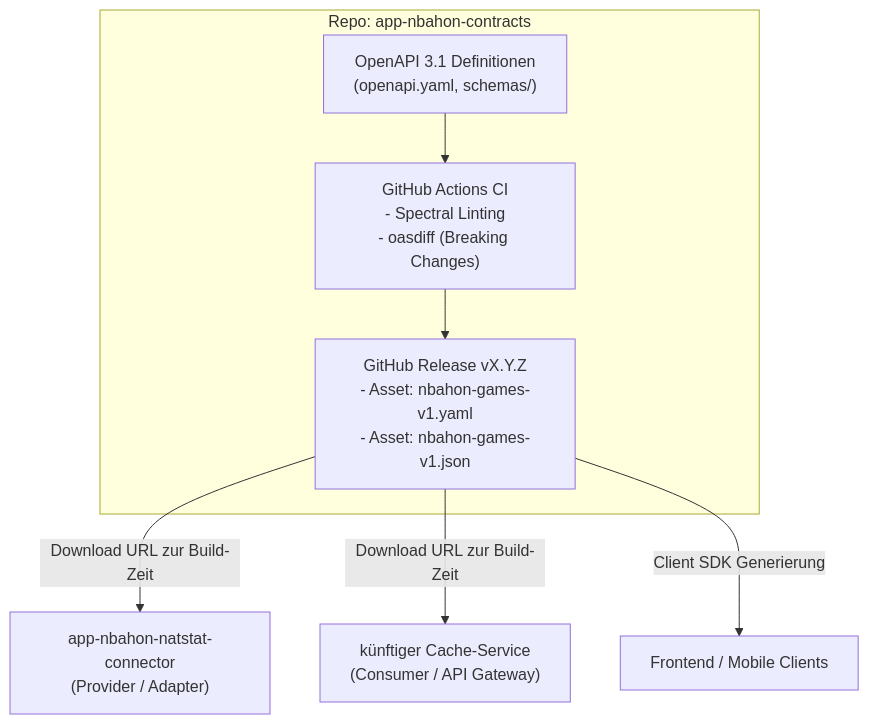
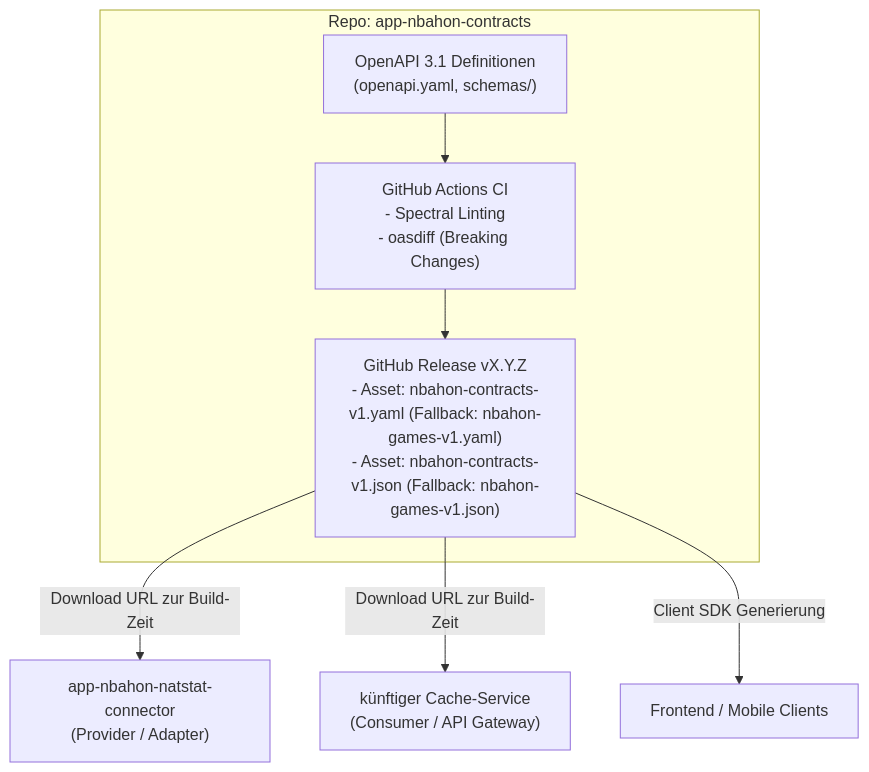
Before and after one commit to Olleritsch/app-nbahon-contracts: the diagram in README.md, drawn with Mermaid. The commit also changed other lines of this file and 6 other files, not shown here.

````diff
--- a/README.md
+++ b/README.md
@@ -11,13 +11,13 @@
 ```mermaid
 flowchart TD
     subgraph Repo["Repo: app-nbahon-contracts"]
         S["OpenAPI 3.1 Definitionen<br/>(openapi.yaml, schemas/)"]
         CI["GitHub Actions CI<br/>- Spectral Linting<br/>- oasdiff (Breaking Changes)"]
-        Rel["GitHub Release vX.Y.Z<br/>- Asset: nbahon-games-v1.yaml<br/>- Asset: nbahon-games-v1.json"]
+        Rel["GitHub Release vX.Y.Z<br/>- Asset: nbahon-contracts-v1.yaml (Fallback: nbahon-games-v1.yaml)<br/>- Asset: nbahon-contracts-v1.json (Fallback: nbahon-games-v1.json)"]
         S --> CI --> Rel
     end
 
     Rel -->|"Download URL zur Build-Zeit"| C1["app-nbahon-natstat-connector<br/>(Provider / Adapter)"]
     Rel -->|"Download URL zur Build-Zeit"| C2["künftiger Cache-Service<br/>(Consumer / API Gateway)"]
     Rel -->|"Client SDK Generierung"| C3["Frontend / Mobile Clients"]
 ```
````
